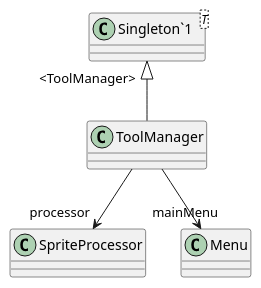
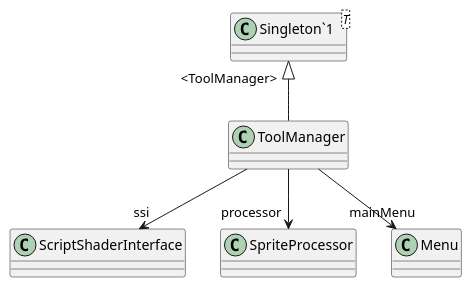
Before and after one commit to streepje8/ToolDev2023: the diagram in UML/Assets/Scripts/ToolManager.puml, drawn with PlantUML. The commit also changed 13 other files, not shown here.

Commit message:
Generate UML (Generate UML)

```diff
--- a/UML/Assets/Scripts/ToolManager.puml
+++ b/UML/Assets/Scripts/ToolManager.puml
@@ -1,9 +1,10 @@
 @startuml
 class ToolManager {
 }
 class "Singleton`1"<T> {
 }
 "Singleton`1" "<ToolManager>" <|-- ToolManager
+ToolManager --> "ssi" ScriptShaderInterface
 ToolManager --> "processor" SpriteProcessor
 ToolManager --> "mainMenu" Menu
 @enduml
```
